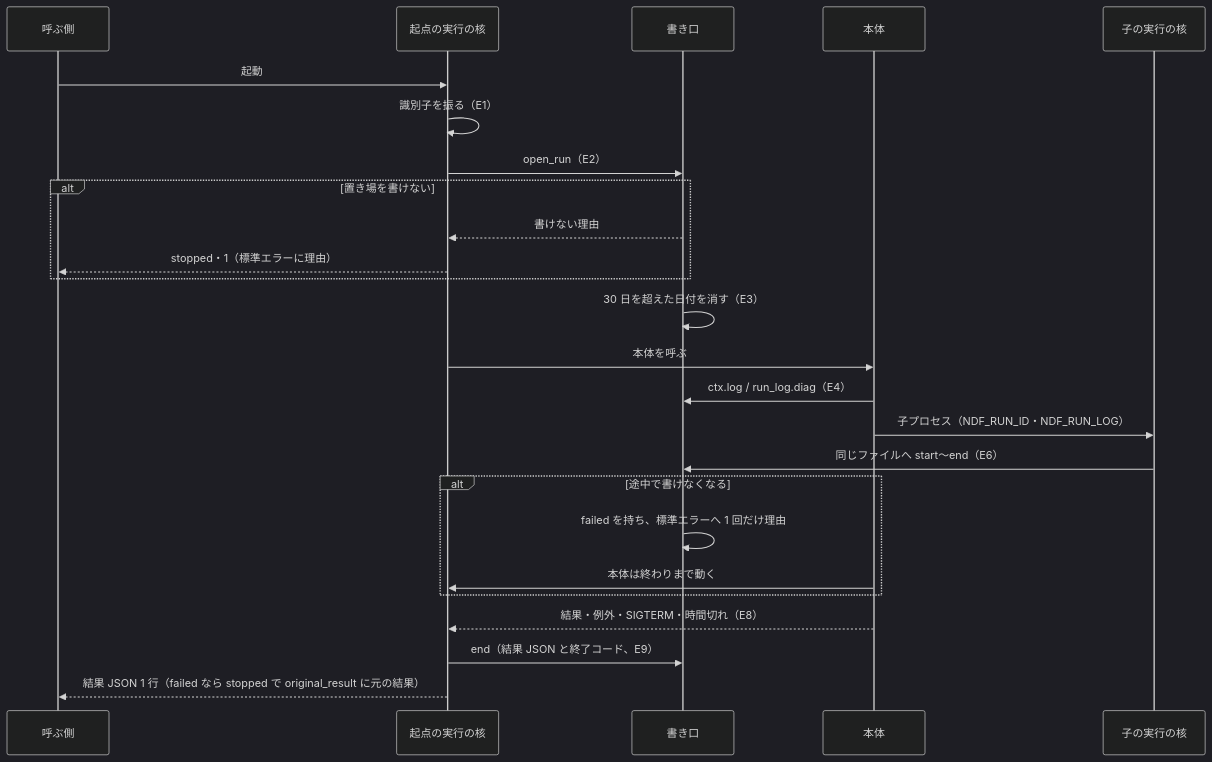
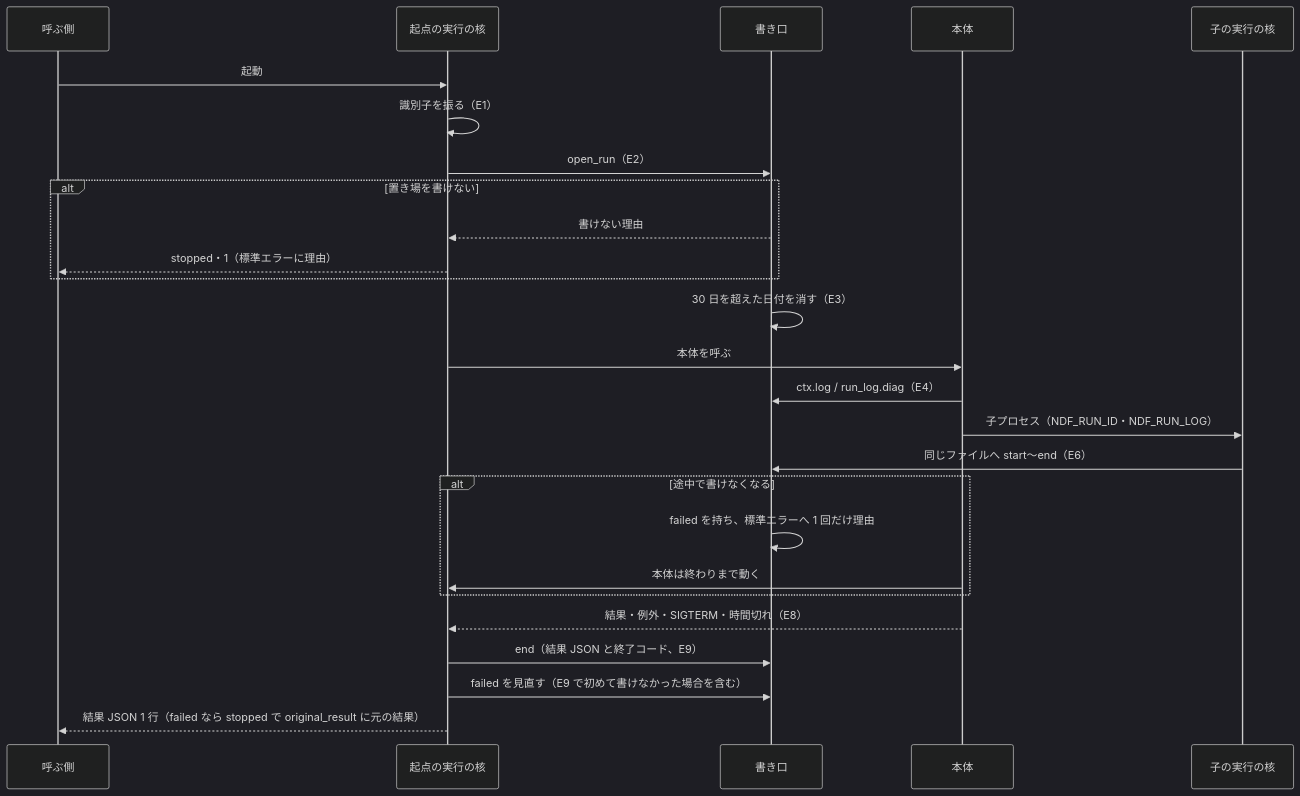
The fourth of 5 diagrams in issues/issue-2338-design.md (devbasex/ai-plugins), drawn with Mermaid (dark theme) before and after one commit. The commit also changed other lines of this file and 1 other file, not shown here.

````diff
--- a/issues/issue-2338-design.md
+++ b/issues/issue-2338-design.md
@@ -316,27 +316,28 @@
 ```mermaid
 sequenceDiagram
     participant C as 呼ぶ側
     participant K as 起点の実行の核
     participant W as 書き口
     participant B as 本体
     participant S as 子の実行の核
     C->>K: 起動
     K->>K: 識別子を振る（E1）
     K->>W: open_run（E2）
     alt 置き場を書けない
         W-->>K: 書けない理由
         K-->>C: stopped・1（標準エラーに理由）
     end
     W->>W: 30 日を超えた日付を消す（E3）
     K->>B: 本体を呼ぶ
     B->>W: ctx.log / run_log.diag（E4）
     B->>S: 子プロセス（NDF_RUN_ID・NDF_RUN_LOG）
     S->>W: 同じファイルへ start〜end（E6）
     alt 途中で書けなくなる
         W->>W: failed を持ち、標準エラーへ 1 回だけ理由
         B->>K: 本体は終わりまで動く
     end
     B-->>K: 結果・例外・SIGTERM・時間切れ（E8）
     K->>W: end（結果 JSON と終了コード、E9）
+    K->>W: failed を見直す（E9 で初めて書けなかった場合を含む）
     K-->>C: 結果 JSON 1 行（failed なら stopped で original_result に元の結果）
 ```
````
